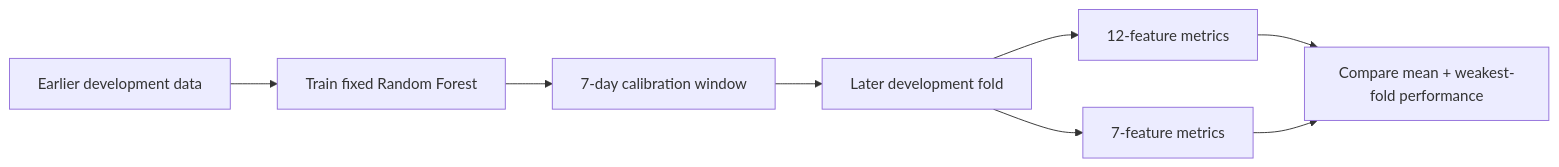
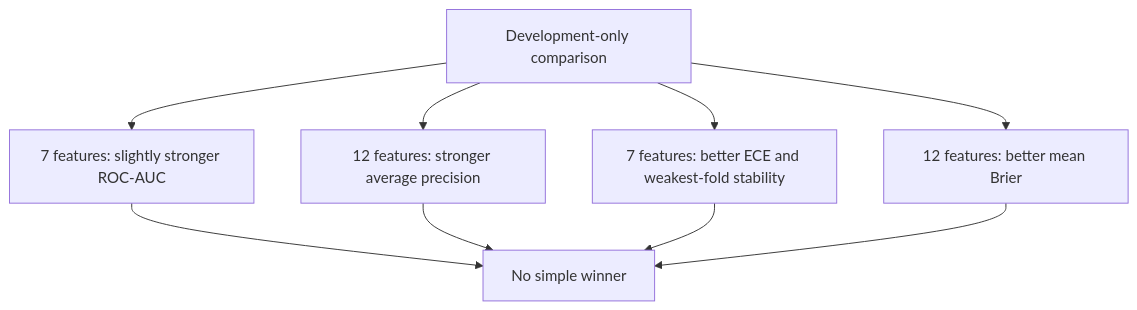
One commit to Oyd72/telecom-delinquency-capstone changed the seventh of 7 diagrams in docs/model-documentation/module4_experiment_record.md. Above: the diagram before and after it, drawn with Mermaid. The commit also changed other lines of this file, not shown here.

Commit message:
Record development-only 12-vs-7 results

````diff
--- a/docs/model-documentation/module4_experiment_record.md
+++ b/docs/model-documentation/module4_experiment_record.md
@@ -881,10 +896,11 @@
 ```mermaid
-flowchart LR
-    A[Earlier development data] --> B[Train fixed Random Forest]
-    B --> C[7-day calibration window]
-    C --> D[Later development fold]
-    D --> E[12-feature metrics]
-    D --> F[7-feature metrics]
-    E --> G[Compare mean + weakest-fold performance]
-    F --> G
+flowchart TD
+    A[Development-only comparison] --> B[7 features: slightly stronger ROC-AUC]
+    A --> C[12 features: stronger average precision]
+    A --> D[7 features: better ECE and weakest-fold stability]
+    A --> E[12 features: better mean Brier]
+    B --> F[No simple winner]
+    C --> F
+    D --> F
+    E --> F
 ```
````
